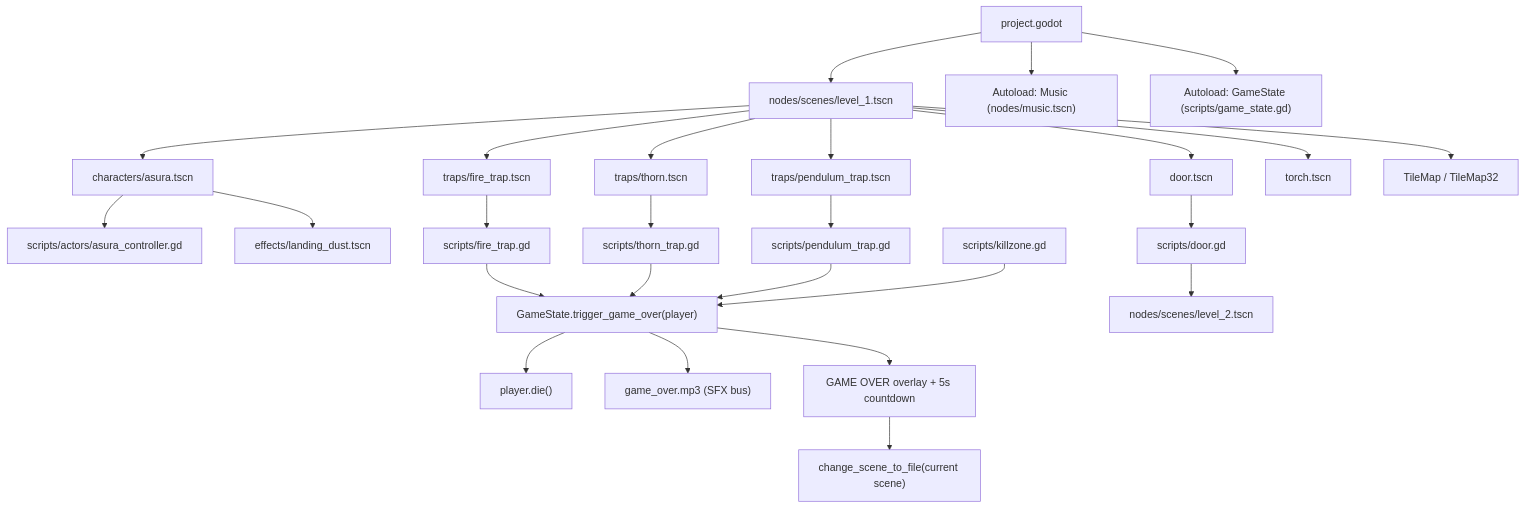
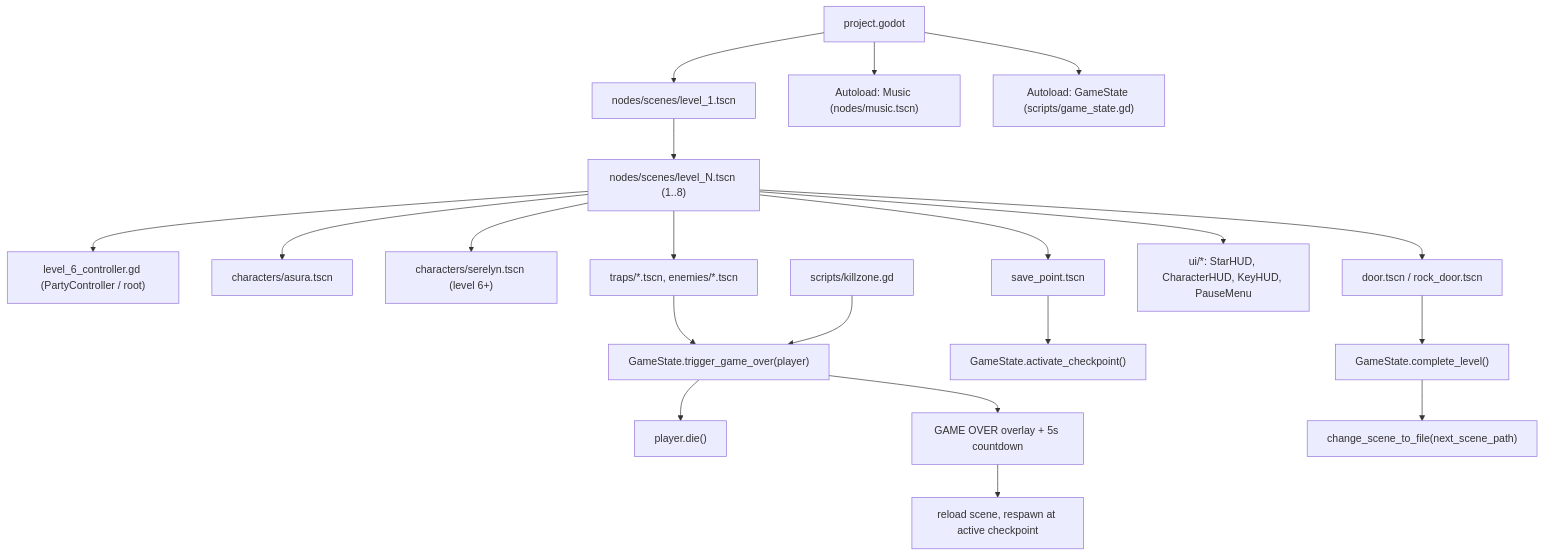
Before and after one commit to vietanhyoyo/dungeon_traps: the diagram in docs/ARCHITECTURE.md, drawn with Mermaid. The commit also changed other lines of this file and 20 other files, not shown here.

````diff
--- a/docs/ARCHITECTURE.md
+++ b/docs/ARCHITECTURE.md
@@ -17,33 +17,25 @@
 ```mermaid
 flowchart TD
   Project["project.godot"] --> Main["nodes/scenes/level_1.tscn"]
   Project --> Music["Autoload: Music (nodes/music.tscn)"]
   Project --> GameState["Autoload: GameState (scripts/game_state.gd)"]
 
-  Main --> Asura["characters/asura.tscn"]
-  Main --> Door["door.tscn"]
-  Main --> Fire["traps/fire_trap.tscn"]
-  Main --> Thorn["traps/thorn.tscn"]
-  Main --> Pendulum["traps/pendulum_trap.tscn"]
-  Main --> Torch["torch.tscn"]
-  Main --> TileMap["TileMap / TileMap32"]
+  Main --> Level["nodes/scenes/level_N.tscn (1..8)"]
+  Level --> Party["level_6_controller.gd (PartyController / root)"]
+  Level --> Asura["characters/asura.tscn"]
+  Level --> Serelyn["characters/serelyn.tscn (level 6+)"]
+  Level --> Traps["traps/*.tscn, enemies/*.tscn"]
+  Level --> SavePoint["save_point.tscn"]
+  Level --> Door["door.tscn / rock_door.tscn"]
+  Level --> HUD["ui/*: StarHUD, CharacterHUD, KeyHUD, PauseMenu"]
 
-  Asura --> AsuraController["scripts/actors/asura_controller.gd"]
-  Asura --> Dust["effects/landing_dust.tscn"]
-  Fire --> FireScript["scripts/fire_trap.gd"]
-  Thorn --> ThornScript["scripts/thorn_trap.gd"]
-  Pendulum --> PendulumScript["scripts/pendulum_trap.gd"]
-  Door --> DoorScript["scripts/door.gd"]
+  Traps --> GameOver["GameState.trigger_game_over(player)"]
+  KillzoneScript["scripts/killzone.gd"] --> GameOver
+  GameOver --> Die["player.die()"]
+  GameOver --> Overlay["GAME OVER overlay + 5s countdown"]
+  Overlay --> Reload["reload scene, respawn at active checkpoint"]
 
-  FireScript --> GameOver["GameState.trigger_game_over(player)"]
-  ThornScript --> GameOver
-  PendulumScript --> GameOver
-  KillzoneScript["scripts/killzone.gd"] --> GameOver
-
-  GameOver --> Die["player.die()"]
-  GameOver --> Sound["game_over.mp3 (SFX bus)"]
-  GameOver --> Overlay["GAME OVER overlay + 5s countdown"]
-  Overlay --> Reload["change_scene_to_file(current scene)"]
-
-  DoorScript --> Level2["nodes/scenes/level_2.tscn"]
+  SavePoint --> Checkpoint["GameState.activate_checkpoint()"]
+  Door --> Complete["GameState.complete_level()"]
+  Complete --> Next["change_scene_to_file(next_scene_path)"]
 ```
````
